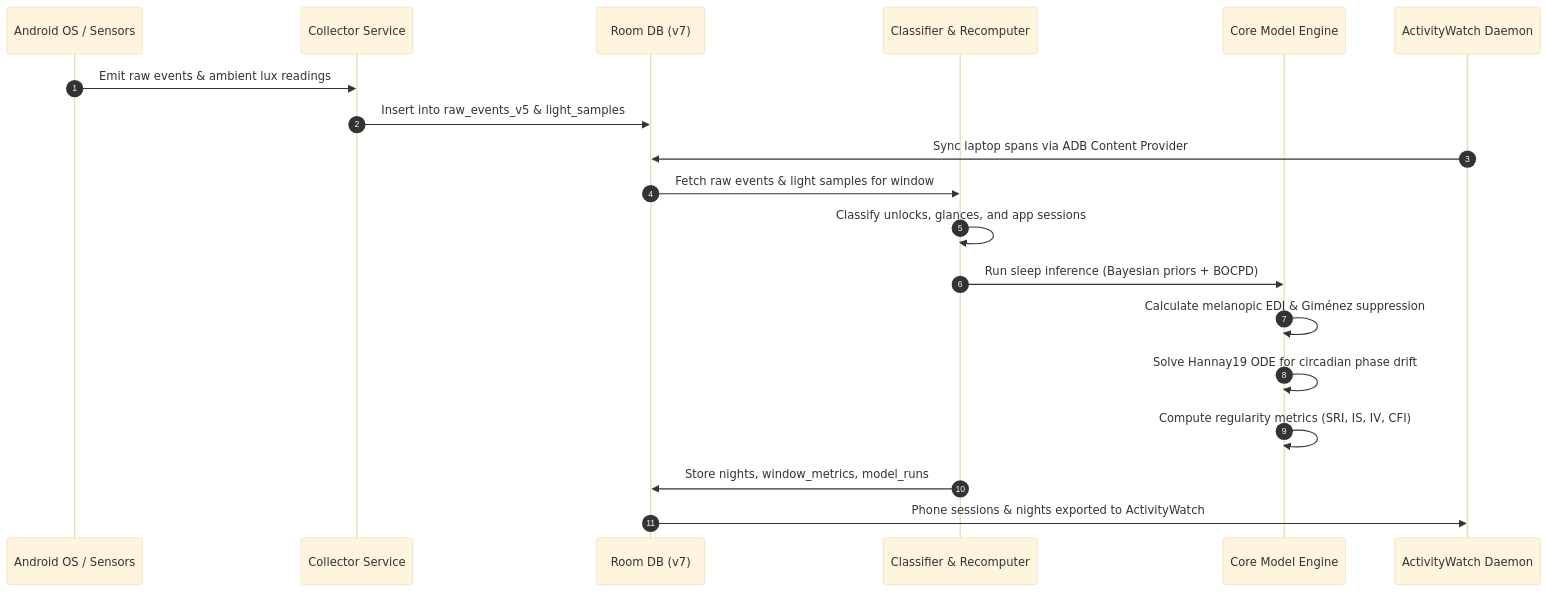
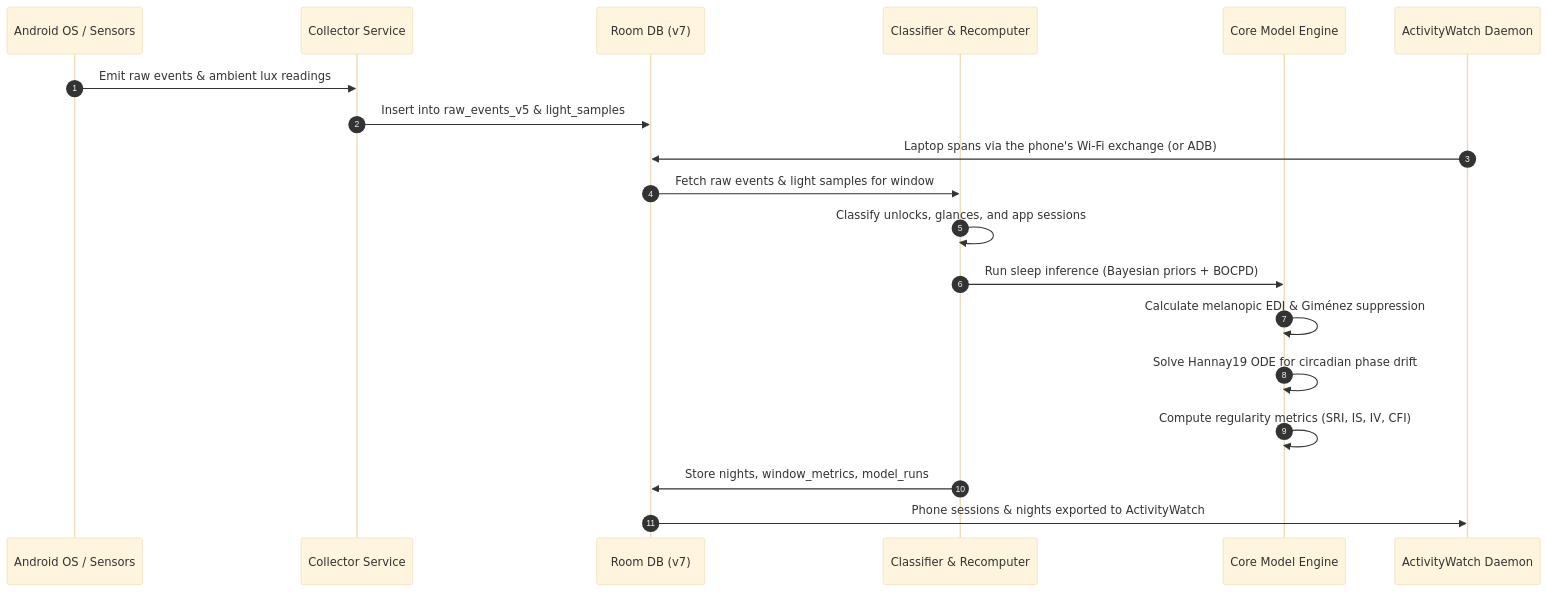
One commit to Anbu-00001/Nocturne changed the second of 5 diagrams in README.md. Above: the diagram before and after it, drawn with Mermaid (base theme). The commit also changed other lines of this file and 25 other files, not shown here.

Commit message:
Phase 5: Wi-Fi sync started by the phone (pinned TLS, signed requests, private addresses only), pair over adb, Settings block; twelve-days data findings; live-test false positive fixed

````diff
--- a/README.md
+++ b/README.md
@@ -63,22 +63,22 @@
 ```mermaid
 sequenceDiagram
     autonumber
     participant OS as Android OS / Sensors
     participant Coll as Collector Service
     participant DB as Room DB (v7)
     participant Class as Classifier & Recomputer
     participant Model as Core Model Engine
     participant AW as ActivityWatch Daemon
 
     OS->>Coll: Emit raw events & ambient lux readings
     Coll->>DB: Insert into raw_events_v5 & light_samples
-    AW->>DB: Sync laptop spans via ADB Content Provider
+    AW->>DB: Laptop spans via the phone's Wi-Fi exchange (or ADB)
     DB->>Class: Fetch raw events & light samples for window
     Class->>Class: Classify unlocks, glances, and app sessions
     Class->>Model: Run sleep inference (Bayesian priors + BOCPD)
     Model->>Model: Calculate melanopic EDI & Giménez suppression
     Model->>Model: Solve Hannay19 ODE for circadian phase drift
     Model->>Model: Compute regularity metrics (SRI, IS, IV, CFI)
     Class->>DB: Store nights, window_metrics, model_runs
     DB->>AW: Phone sessions & nights exported to ActivityWatch
 ```
````
